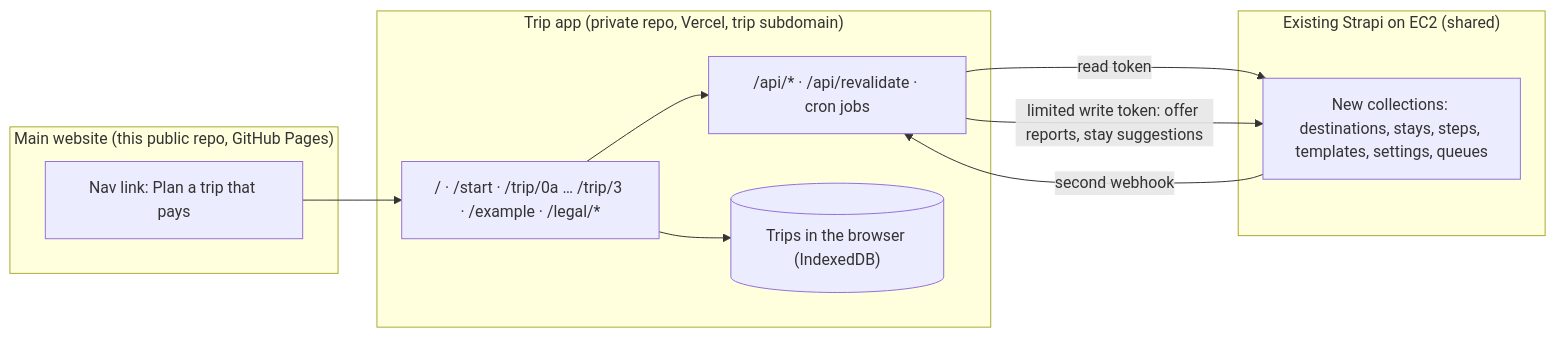
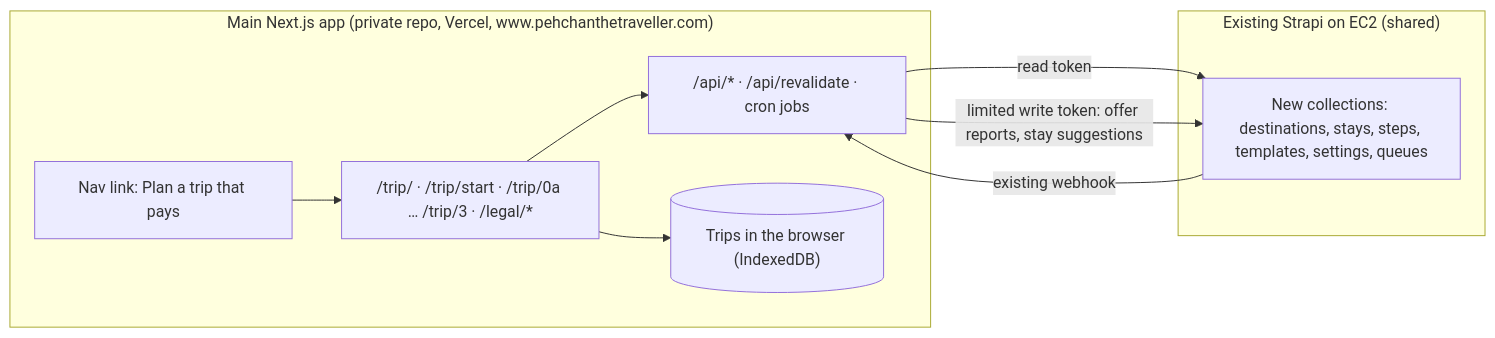
The first of 2 diagrams in docs/25-trip-that-pays/tasks/README.md (bhawnamanglapm/pehchanthetraveller19.github.io), drawn with Mermaid before and after one commit. The commit also changed other lines of this file and 9 other files, not shown here.

First line of the commit message:
Docs: the trip pages live at /trip/ in the main app, not on a subdomain

````diff
--- a/docs/25-trip-that-pays/tasks/README.md
+++ b/docs/25-trip-that-pays/tasks/README.md
@@ -26,20 +29,18 @@
 ```mermaid
 flowchart LR
-  subgraph Main["Main website (this public repo, GitHub Pages)"]
+  subgraph Trip["Main Next.js app (private repo, Vercel, www.pehchanthetraveller.com)"]
     NAV["Nav link: Plan a trip that pays"]
-  end
-  subgraph Trip["Trip app (private repo, Vercel, trip subdomain)"]
-    PAGES["/ · /start · /trip/0a … /trip/3 · /example · /legal/*"]
+    PAGES["/trip/ · /trip/start · /trip/0a … /trip/3 · /legal/*"]
     API["/api/* · /api/revalidate · cron jobs"]
     IDB[("Trips in the browser (IndexedDB)")]
   end
   subgraph CMS["Existing Strapi on EC2 (shared)"]
     COLL["New collections: destinations, stays, steps, templates, settings, queues"]
   end
   NAV --> PAGES
   PAGES --> IDB
   PAGES --> API
   API -->|read token| COLL
-  COLL -->|second webhook| API
+  COLL -->|existing webhook| API
   API -->|"limited write token: offer reports, stay suggestions"| COLL
 ```
````
